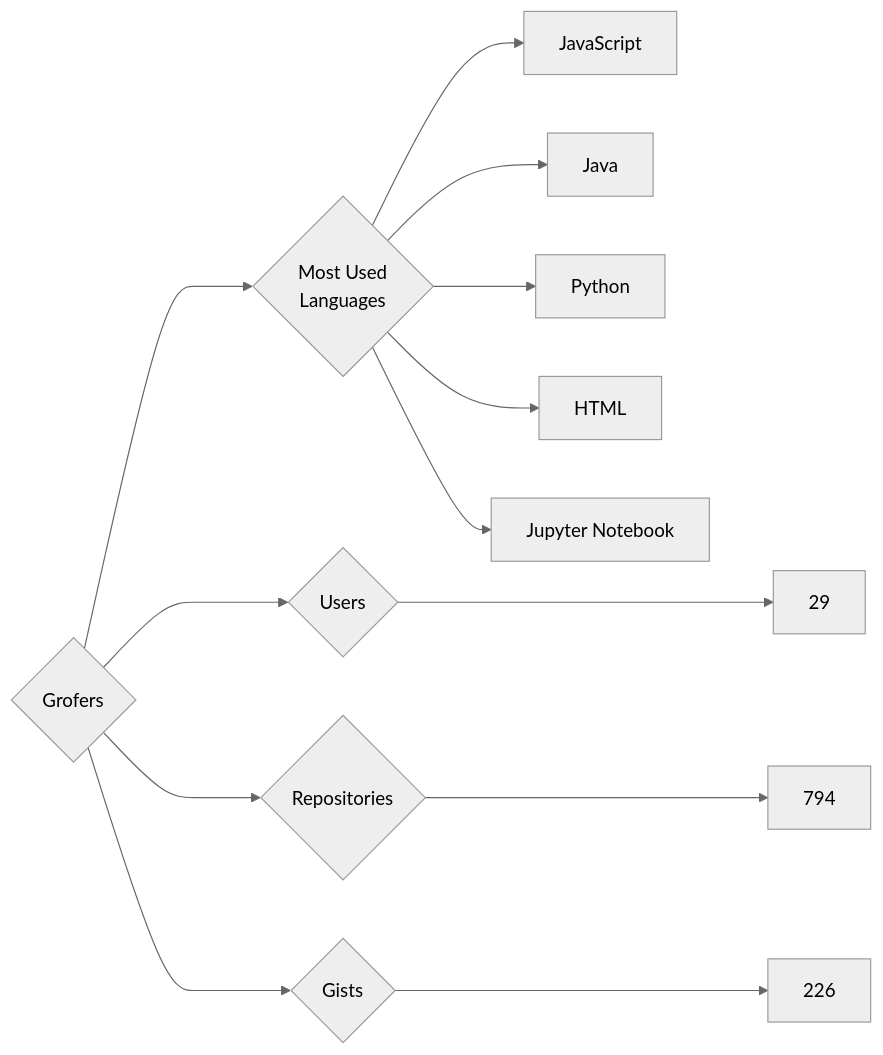
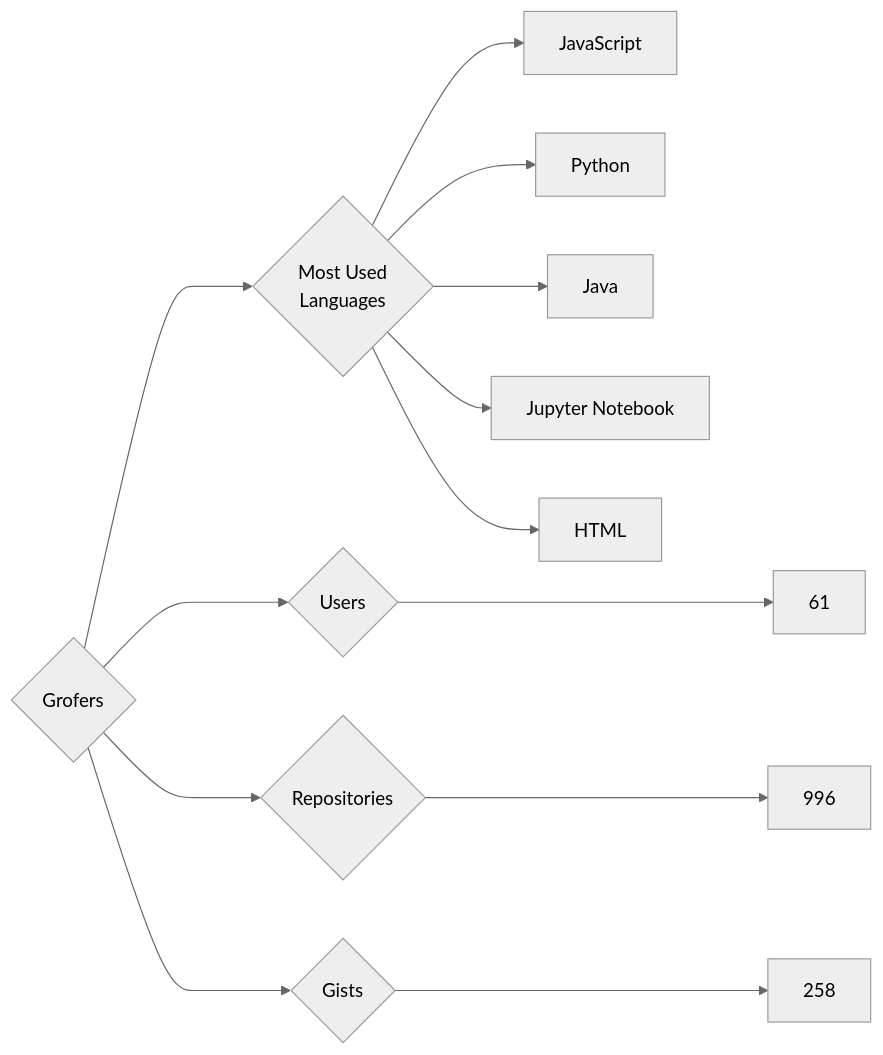
One commit to trickest/insiders changed the diagram in targets/Grofers/README.md. Above: the diagram before and after it, drawn with Mermaid (neutral theme). The commit also changed 872 other files, not shown here.

````diff
--- a/targets/Grofers/README.md
+++ b/targets/Grofers/README.md
@@ -3,13 +3,13 @@
 ```mermaid
 graph LR
 COMPANY_NAME{Grofers}
-COMPANY_NAME ---> U{Users} ---> UN[29]
-COMPANY_NAME ---> R{Repositories} ---> RN[794]
-COMPANY_NAME ---> G{Gists} ---> GN[226]
+COMPANY_NAME ---> U{Users} ---> UN[61]
+COMPANY_NAME ---> R{Repositories} ---> RN[996]
+COMPANY_NAME ---> G{Gists} ---> GN[258]
 COMPANY_NAME ---> ML{Most Used<br>Languages}
 ML --> JavaScript[JavaScript]
+ML --> Python[Python]
 ML --> Java[Java]
-ML --> Python[Python]
+ML --> Jupyter_Notebook[Jupyter Notebook]
 ML --> HTML[HTML]
-ML --> Jupyter_Notebook[Jupyter Notebook]
 ```
````
